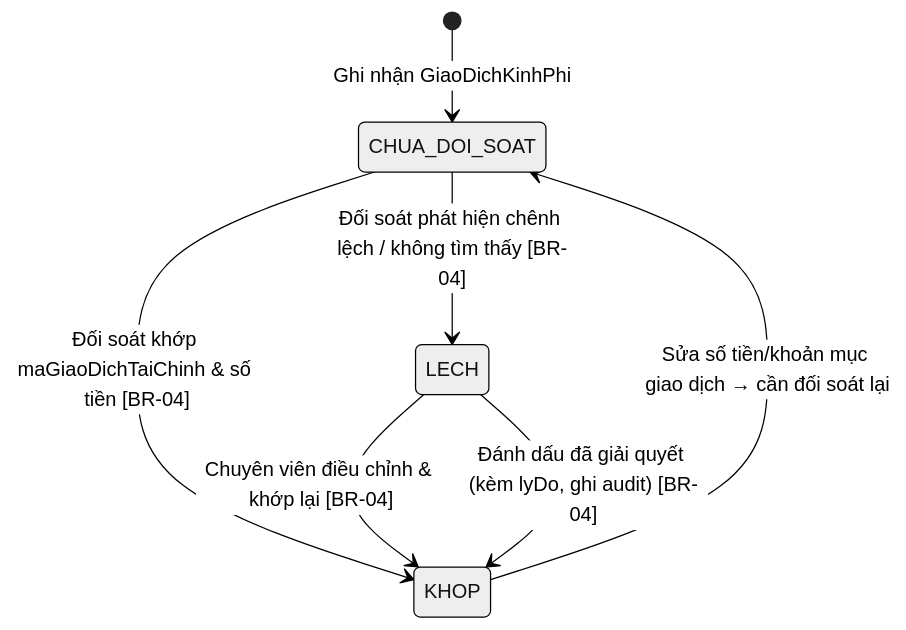
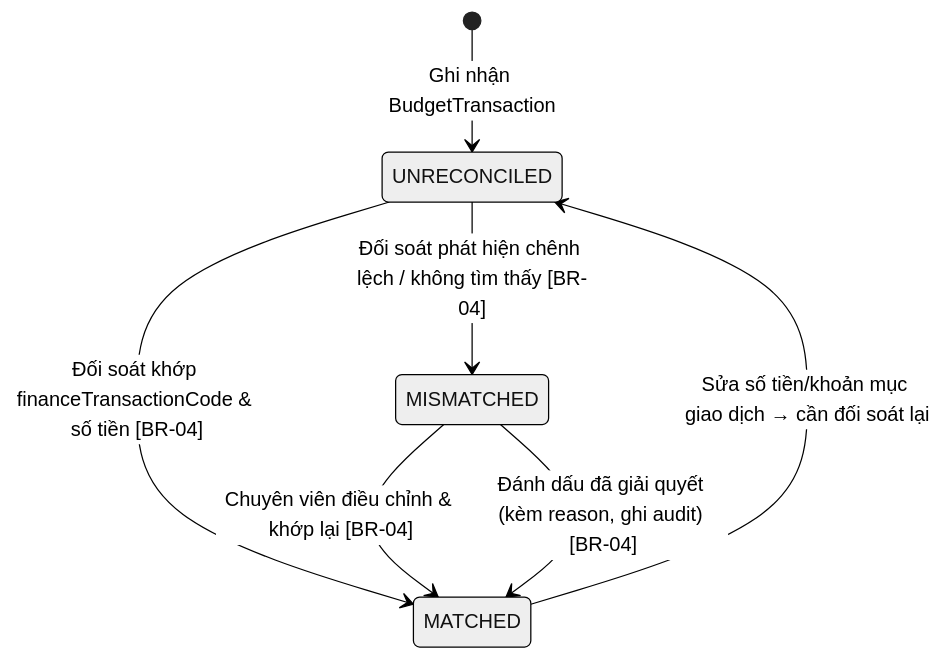
Before and after one commit to PTZero2026/rms-docs: the third of 3 diagrams in docs/features/F05-quan-ly-kinh-phi/spec.md, drawn with Mermaid (neutral theme). The commit also changed other lines of this file and 44 other files, not shown here.

Commit message:
docs: update project roadmap, architecture decisions, and comprehensive documentation for core features and testing plans

````diff
--- a/docs/features/F05-quan-ly-kinh-phi/spec.md
+++ b/docs/features/F05-quan-ly-kinh-phi/spec.md
@@ -109,9 +109,9 @@
 ```mermaid
 stateDiagram-v2
-    [*] --> CHUA_DOI_SOAT : Ghi nhận GiaoDichKinhPhi
-    CHUA_DOI_SOAT --> KHOP : Đối soát khớp maGiaoDichTaiChinh & số tiền [BR-04]
-    CHUA_DOI_SOAT --> LECH : Đối soát phát hiện chênh lệch / không tìm thấy [BR-04]
-    LECH --> KHOP : Chuyên viên điều chỉnh & khớp lại [BR-04]
-    LECH --> KHOP : Đánh dấu đã giải quyết (kèm lyDo, ghi audit) [BR-04]
-    KHOP --> CHUA_DOI_SOAT : Sửa số tiền/khoản mục giao dịch → cần đối soát lại
+    [*] --> UNRECONCILED : Ghi nhận BudgetTransaction
+    UNRECONCILED --> MATCHED : Đối soát khớp financeTransactionCode & số tiền [BR-04]
+    UNRECONCILED --> MISMATCHED : Đối soát phát hiện chênh lệch / không tìm thấy [BR-04]
+    MISMATCHED --> MATCHED : Chuyên viên điều chỉnh & khớp lại [BR-04]
+    MISMATCHED --> MATCHED : Đánh dấu đã giải quyết (kèm reason, ghi audit) [BR-04]
+    MATCHED --> UNRECONCILED : Sửa số tiền/khoản mục giao dịch → cần đối soát lại
 ```
````
